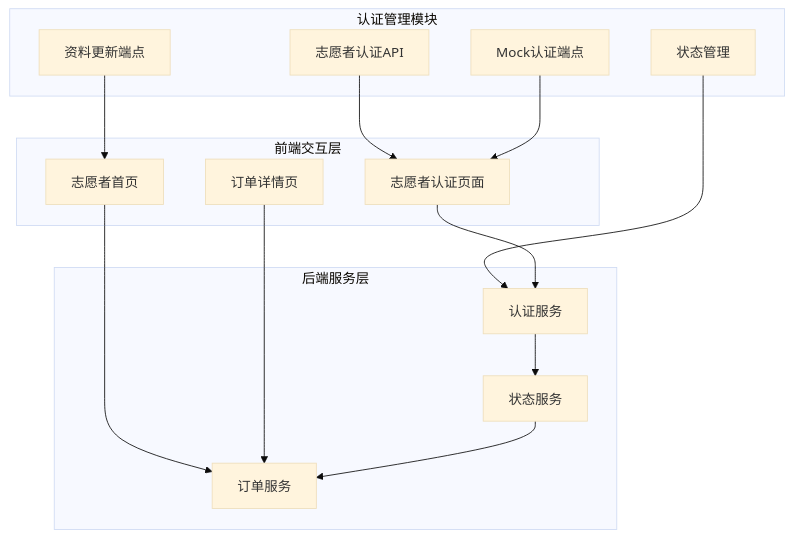
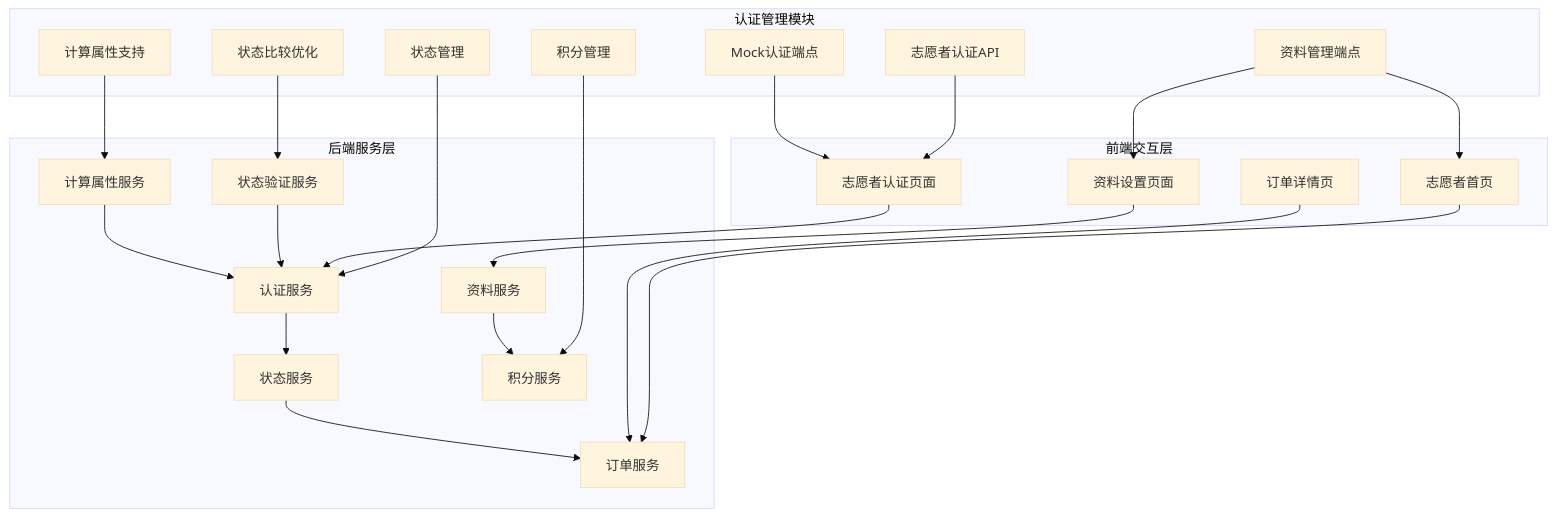
Before and after one commit to Jayden23018/blind-run-ios: the first of 21 diagrams in .qoder/repowiki/zh/content/核心功能模块/志愿者功能/志愿者认证管理.md, drawn with Mermaid (base theme). The commit also changed other lines of this file and 9 other files, not shown here.

````diff
--- a/.qoder/repowiki/zh/content/核心功能模块/志愿者功能/志愿者认证管理.md
+++ b/.qoder/repowiki/zh/content/核心功能模块/志愿者功能/志愿者认证管理.md
@@ -67,28 +74,44 @@
 ```mermaid
 graph TB
 subgraph "认证管理模块"
 A[志愿者认证API]
 B[Mock认证端点]
-C[资料更新端点]
+C[资料管理端点]
 D[状态管理]
+E[积分管理]
+F[状态比较优化]
+G[计算属性支持]
 end
 subgraph "前端交互层"
-E[志愿者认证页面]
-F[志愿者首页]
-G[订单详情页]
+H[志愿者认证页面]
+I[志愿者首页]
+J[订单详情页]
+K[资料设置页面]
 end
 subgraph "后端服务层"
-H[认证服务]
-I[状态服务]
-J[订单服务]
+L[认证服务]
+M[状态服务]
+N[订单服务]
+O[资料服务]
+P[积分服务]
+Q[状态验证服务]
+R[计算属性服务]
 end
-A --> E
-B --> E
-C --> F
-D --> H
-E --> H
-F --> J
-G --> J
-H --> I
-I --> J
+A --> H
+B --> H
+C --> I
+C --> K
+D --> L
+E --> P
+F --> Q
+G --> R
+H --> L
+I --> N
+J --> N
+K --> O
+L --> M
+M --> N
+O --> P
+Q --> L
+R --> L
 ```
````
